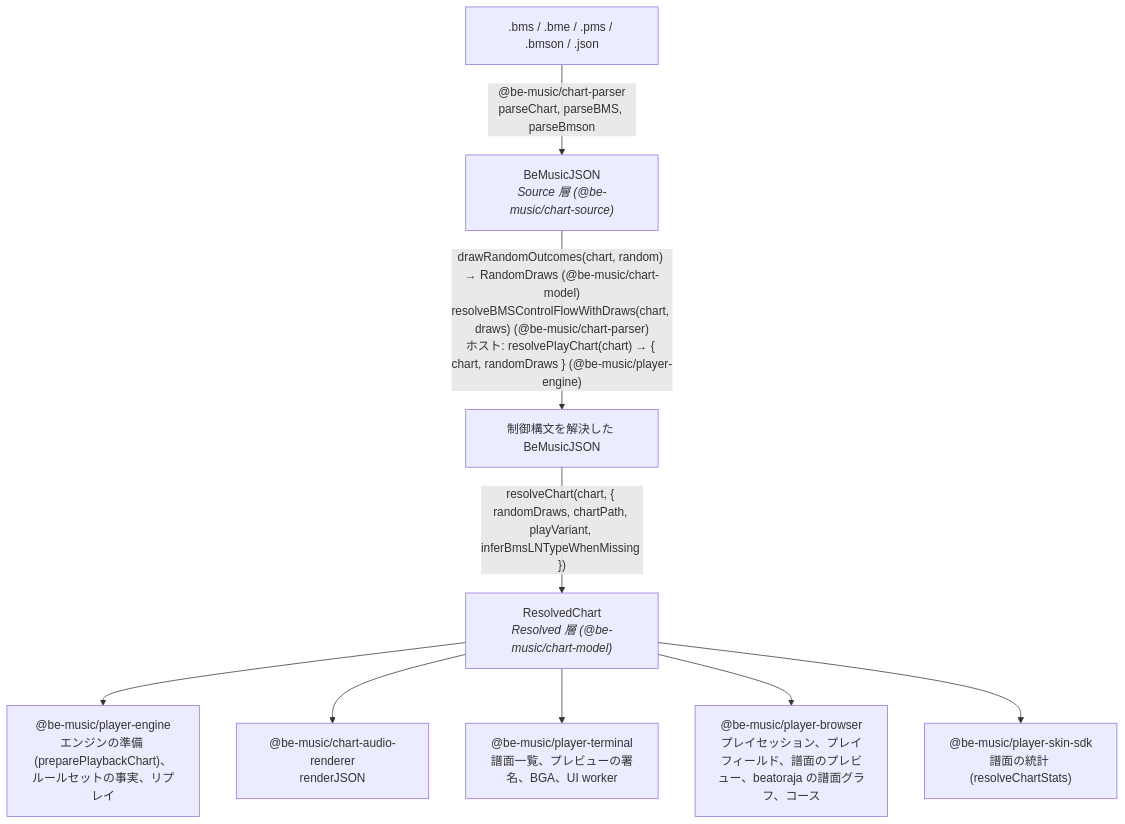
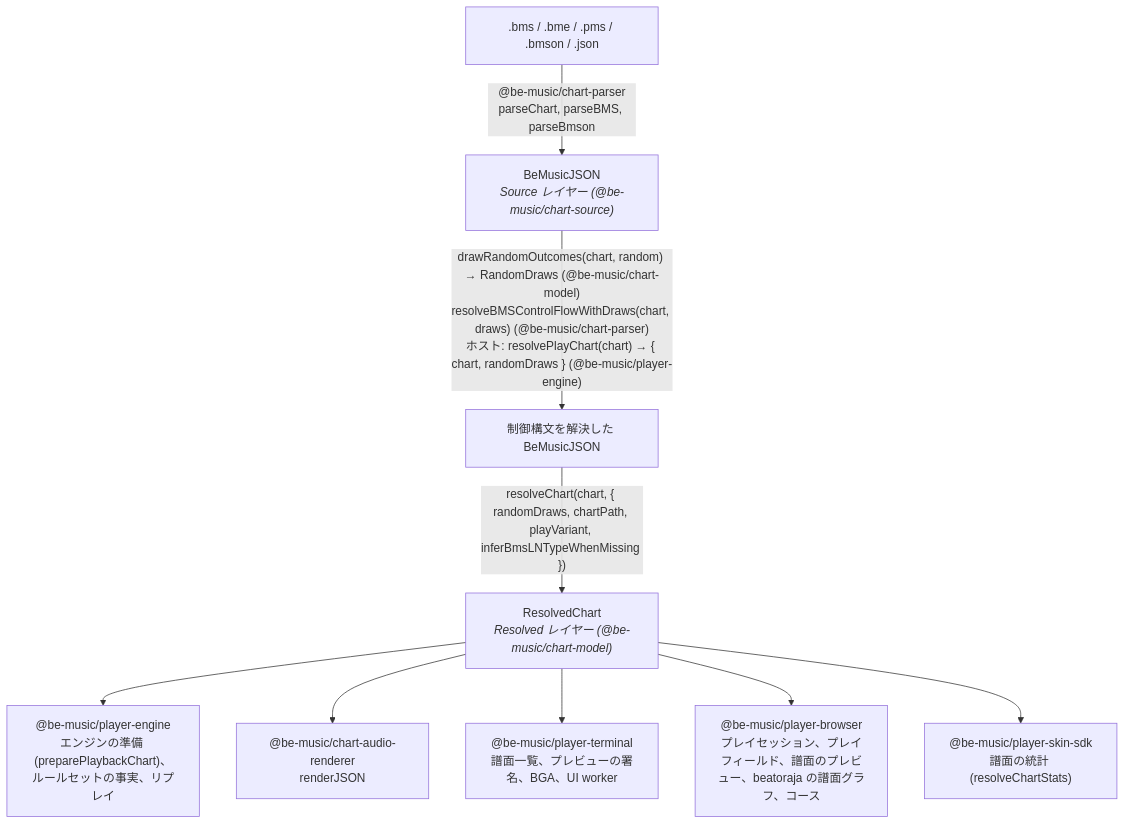
One commit to nulltask/be-music changed the first of 3 diagrams in docs/architecture.ja.md. Above: the diagram before and after it, drawn with Mermaid. The commit also changed other lines of this file and 19 other files, not shown here.

````diff
--- a/docs/architecture.ja.md
+++ b/docs/architecture.ja.md
@@ -9,21 +9,21 @@
 ```mermaid
 flowchart TD
   files[".bms / .bme / .pms / .bmson / .json"]
-  source["BeMusicJSON<br/><i>Source 層 (@be-music/chart-source)</i>"]
+  source["BeMusicJSON<br/><i>Source レイヤー (@be-music/chart-source)</i>"]
   flat["制御構文を解決した BeMusicJSON"]
-  resolved["ResolvedChart<br/><i>Resolved 層 (@be-music/chart-model)</i>"]
+  resolved["ResolvedChart<br/><i>Resolved レイヤー (@be-music/chart-model)</i>"]
   player["@be-music/player-engine<br/>エンジンの準備 (preparePlaybackChart)、ルールセットの事実、リプレイ"]
   renderer["@be-music/chart-audio-renderer<br/>renderJSON"]
   tui["@be-music/player-terminal<br/>譜面一覧、プレビューの署名、BGA、UI worker"]
   web["@be-music/player-browser<br/>プレイセッション、プレイフィールド、譜面のプレビュー、beatoraja の譜面グラフ、コース"]
   skin["@be-music/player-skin-sdk<br/>譜面の統計 (resolveChartStats)"]
 
   files -->|"@be-music/chart-parser<br/>parseChart, parseBMS, parseBmson"| source
   source -->|"drawRandomOutcomes(chart, random) → RandomDraws (@be-music/chart-model)<br/>resolveBMSControlFlowWithDraws(chart, draws) (@be-music/chart-parser)<br/>ホスト: resolvePlayChart(chart) → { chart, randomDraws } (@be-music/player-engine)"| flat
   flat -->|"resolveChart(chart, { randomDraws, chartPath, playVariant, inferBmsLNTypeWhenMissing })"| resolved
   resolved --> player
   resolved --> renderer
   resolved --> tui
   resolved --> web
   resolved --> skin
 ```
````
